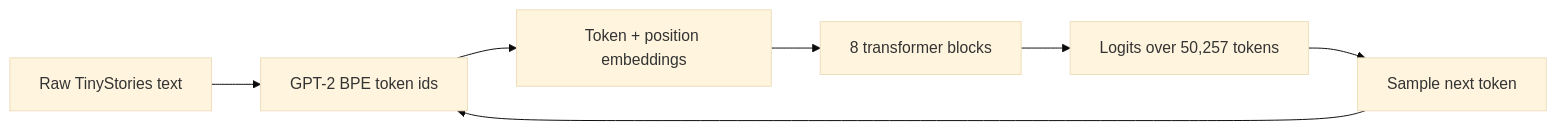
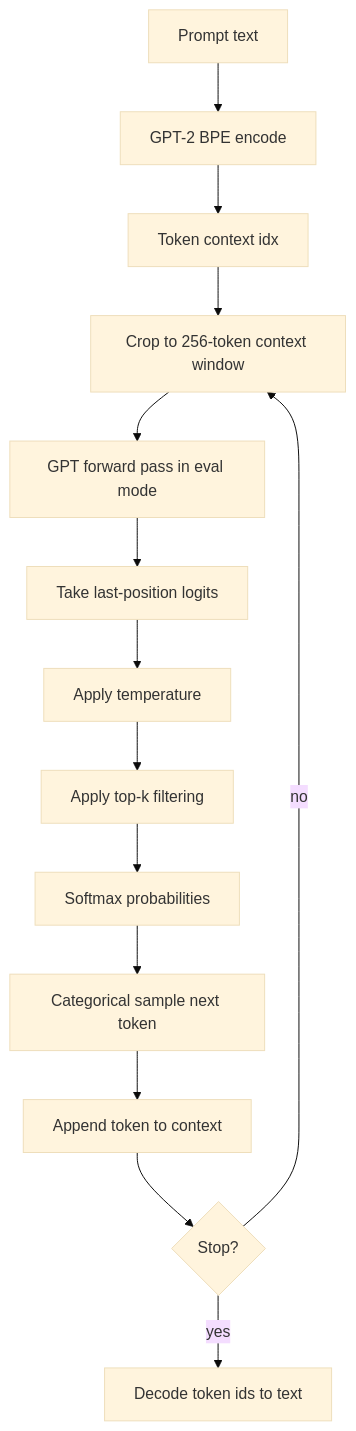
The third of 3 diagrams in README.md (dhadner/PyTrain), drawn with Mermaid (base theme) before and after one commit. The commit also changed other lines of this file, not shown here.

Commit message:
Update diagrams for clarity

````diff
--- a/README.md
+++ b/README.md
@@ -116,9 +463,16 @@
 ```mermaid
-flowchart LR
-  text[Raw TinyStories text] --> tok[GPT-2 BPE token ids]
-  tok --> emb[Token + position embeddings]
-  emb --> blocks[8 transformer blocks]
-  blocks --> logits[Logits over 50,257 tokens]
-  logits --> sample[Sample next token]
-  sample --> tok
+flowchart TD
+  prompt[Prompt text] --> encode[GPT-2 BPE encode]
+  encode --> context[Token context idx]
+  context --> crop[Crop to 256-token context window]
+  crop --> forward[GPT forward pass in eval mode]
+  forward --> last[Take last-position logits]
+  last --> temp[Apply temperature]
+  temp --> topk[Apply top-k filtering]
+  topk --> probs[Softmax probabilities]
+  probs --> sample[Categorical sample next token]
+  sample --> append[Append token to context]
+  append --> stop{Stop?}
+  stop -- no --> crop
+  stop -- yes --> decode[Decode token ids to text]
 ```
````
